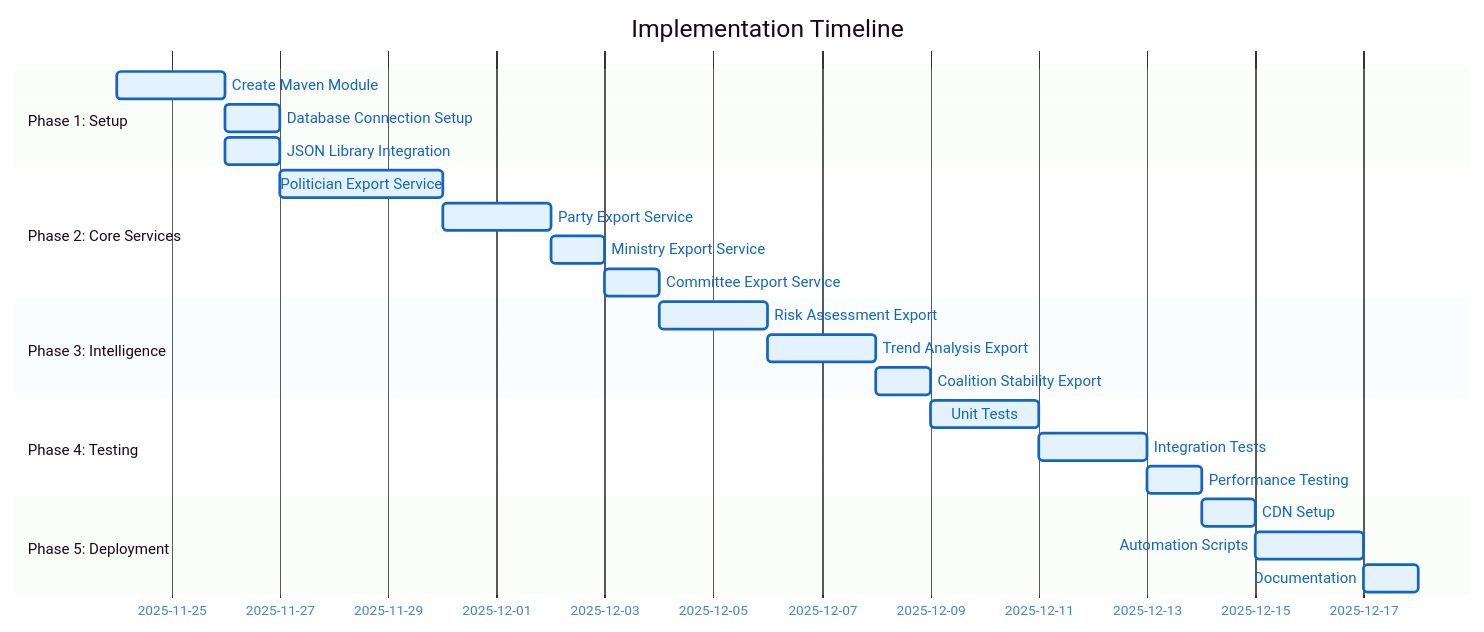
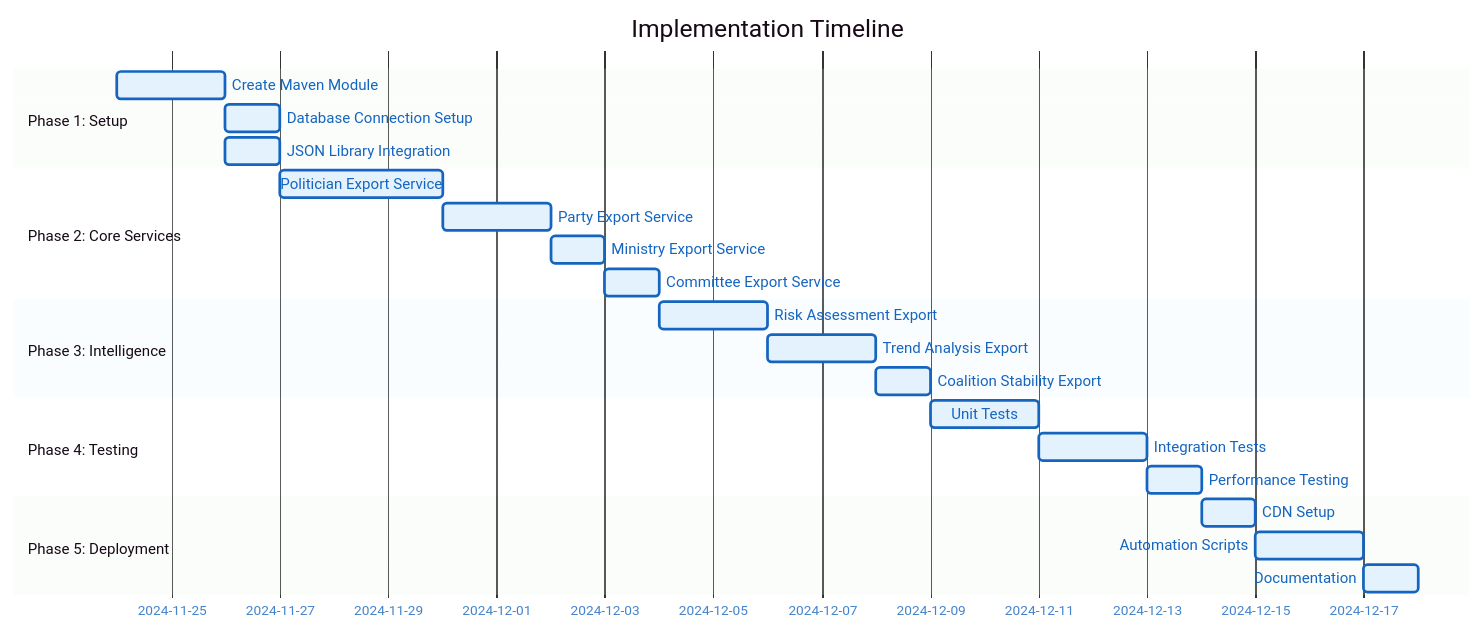
One commit to Hack23/cia changed the diagram in json-export-specs/IMPLEMENTATION_GUIDE.md. Above: the diagram before and after it, drawn with Mermaid. The commit also changed other lines of this file and 10 other files, not shown here.

````diff
--- a/json-export-specs/IMPLEMENTATION_GUIDE.md
+++ b/json-export-specs/IMPLEMENTATION_GUIDE.md
@@ -14,45 +14,45 @@
 ```mermaid
 %%{
   init: {
     'theme': 'base',
     'themeVariables': {
       'primaryColor': '#e3f2fd',
       'primaryTextColor': '#1565c0',
       'lineColor': '#42a5f5',
       'secondaryColor': '#f3e5f5',
       'tertiaryColor': '#e8f5e9',
       'primaryBorderColor': '#1565c0',
       'fontSize': '14px'
     }
   }
 }%%
 gantt
     title Implementation Timeline
     dateFormat YYYY-MM-DD
     
     section Phase 1: Setup
-    Create Maven Module           :p1, 2025-11-24, 2d
+    Create Maven Module           :p1, 2024-11-24, 2d
     Database Connection Setup     :p2, after p1, 1d
     JSON Library Integration      :p3, after p1, 1d
     
     section Phase 2: Core Services
     Politician Export Service     :p4, after p2, 3d
     Party Export Service          :p5, after p4, 2d
     Ministry Export Service       :p6, after p5, 1d
     Committee Export Service      :p7, after p6, 1d
     
     section Phase 3: Intelligence
     Risk Assessment Export        :p8, after p7, 2d
     Trend Analysis Export         :p9, after p8, 2d
     Coalition Stability Export    :p10, after p9, 1d
     
     section Phase 4: Testing
     Unit Tests                    :p11, after p10, 2d
     Integration Tests             :p12, after p11, 2d
     Performance Testing           :p13, after p12, 1d
     
     section Phase 5: Deployment
     CDN Setup                     :p14, after p13, 1d
     Automation Scripts            :p15, after p14, 2d
     Documentation                 :p16, after p15, 1d
 ```
````
